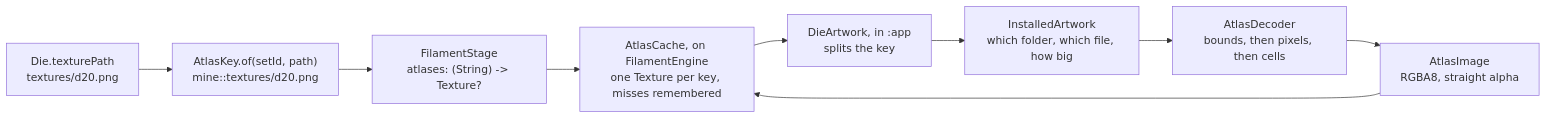
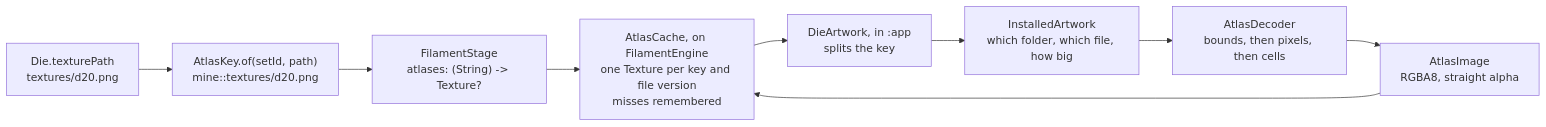
Before and after one commit to drehtuer/dInfinityApp: the diagram in docs/dice-sets.md, drawn with Mermaid. The commit also changed other lines of this file and 17 other files, not shown here.

````diff
--- a/docs/dice-sets.md
+++ b/docs/dice-sets.md
@@ -506,11 +506,11 @@
 ```mermaid
 flowchart LR
   die["Die.texturePath<br/>textures/d20.png"] --> key["AtlasKey.of(setId, path)<br/>mine::textures/d20.png"]
   key --> stage["FilamentStage<br/>atlases: (String) -> Texture?"]
-  stage --> cache["AtlasCache, on FilamentEngine<br/>one Texture per key, misses remembered"]
+  stage --> cache["AtlasCache, on FilamentEngine<br/>one Texture per key and file version<br/>misses remembered"]
   cache --> app["DieArtwork, in :app<br/>splits the key"]
   app --> found["InstalledArtwork<br/>which folder, which file, how big"]
   found --> decode["AtlasDecoder<br/>bounds, then pixels, then cells"]
   decode --> image["AtlasImage<br/>RGBA8, straight alpha"]
   image --> cache
 ```
````
